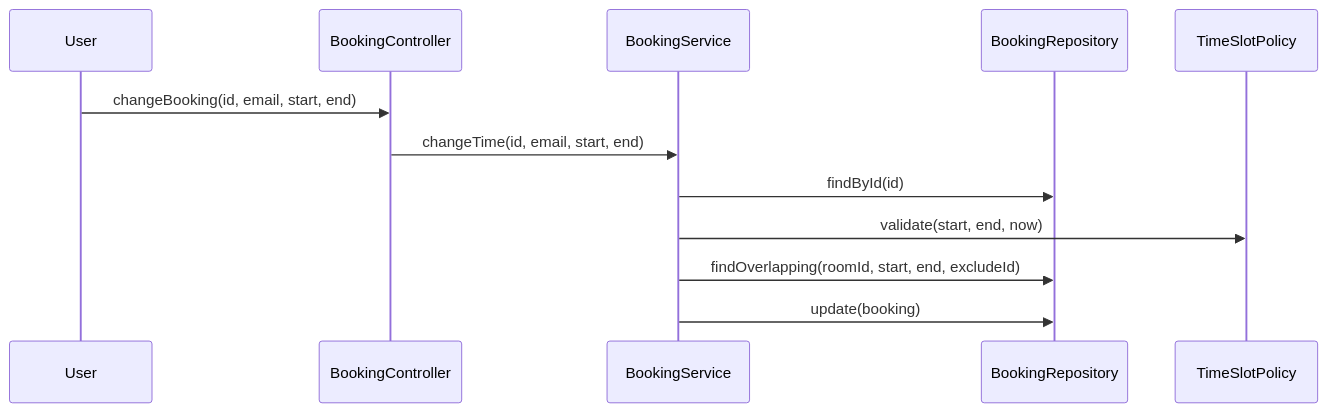
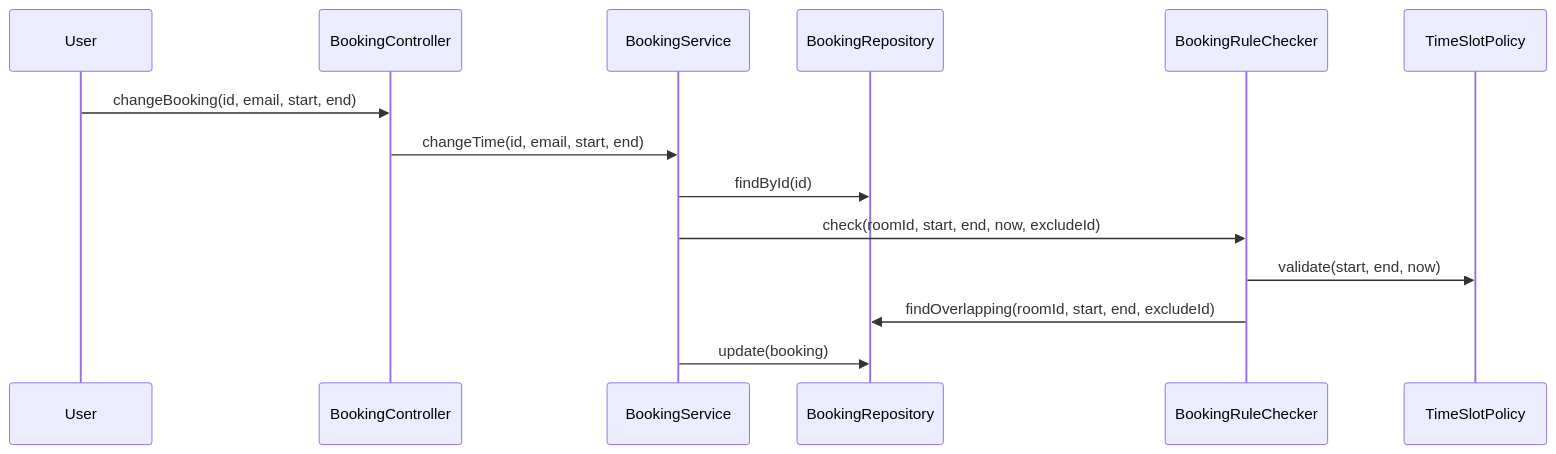
The sixth of 14 diagrams in showcases/booking/docs/design.md (Benjam1nP/AISE), drawn with Mermaid before and after one commit. The commit also changed other lines of this file and 75 other files, not shown here.

````diff
--- a/showcases/booking/docs/design.md
+++ b/showcases/booking/docs/design.md
@@ -216,14 +225,16 @@
 ```mermaid
 sequenceDiagram
   participant ACT_001 as User
   participant DSN_004 as BookingController
   participant DSN_007 as BookingService
   participant DSN_012 as BookingRepository
+  participant DSN_024 as BookingRuleChecker
   participant DSN_009 as TimeSlotPolicy
   ACT_001->>DSN_004: changeBooking(id, email, start, end)
   DSN_004->>DSN_007: changeTime(id, email, start, end)
   DSN_007->>DSN_012: findById(id)
-  DSN_007->>DSN_009: validate(start, end, now)
-  DSN_007->>DSN_012: findOverlapping(roomId, start, end, excludeId)
+  DSN_007->>DSN_024: check(roomId, start, end, now, excludeId)
+  DSN_024->>DSN_009: validate(start, end, now)
+  DSN_024->>DSN_012: findOverlapping(roomId, start, end, excludeId)
   DSN_007->>DSN_012: update(booking)
 ```
````
